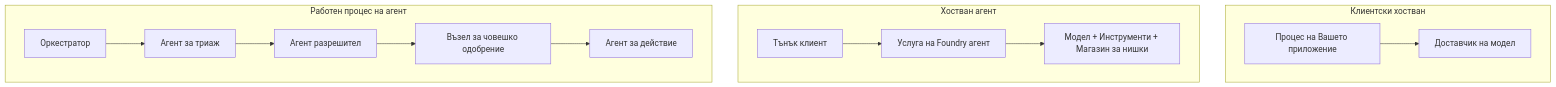
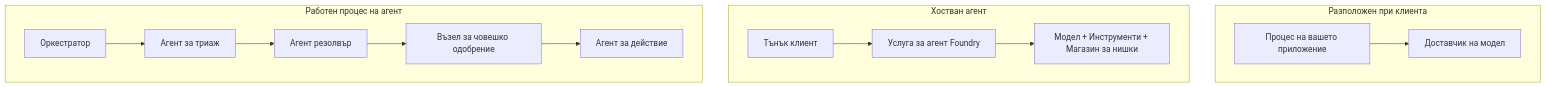
Before and after one commit to microsoft/ai-agents-for-beginners: the first of 4 diagrams in translations/bg/16-deploying-scalable-agents/README.md, drawn with Mermaid. The commit also changed other lines of this file and 46 other files, not shown here.

````diff
--- a/translations/bg/16-deploying-scalable-agents/README.md
+++ b/translations/bg/16-deploying-scalable-agents/README.md
@@ -87,16 +87,16 @@
 ```mermaid
 flowchart TB
-    subgraph P1[Клиентски хостван]
-        A1[Процес на Вашето приложение] --> M1[Доставчик на модел]
+    subgraph P1[Разположен при клиента]
+        A1[Процес на вашето приложение] --> M1[Доставчик на модел]
     end
     subgraph P2[Хостван агент]
-        A2[Тънък клиент] --> F2[Услуга на Foundry агент]
+        A2[Тънък клиент] --> F2[Услуга за агент Foundry]
         F2 --> M2[Модел + Инструменти + Магазин за нишки]
     end
     subgraph P3[Работен процес на агент]
         A3[Оркестратор] --> S1[Агент за триаж]
-        S1 --> S2[Агент разрешител]
+        S1 --> S2[Агент резолвър]
         S2 --> H[Възел за човешко одобрение]
         H --> S3[Агент за действие]
     end
 ```
````
